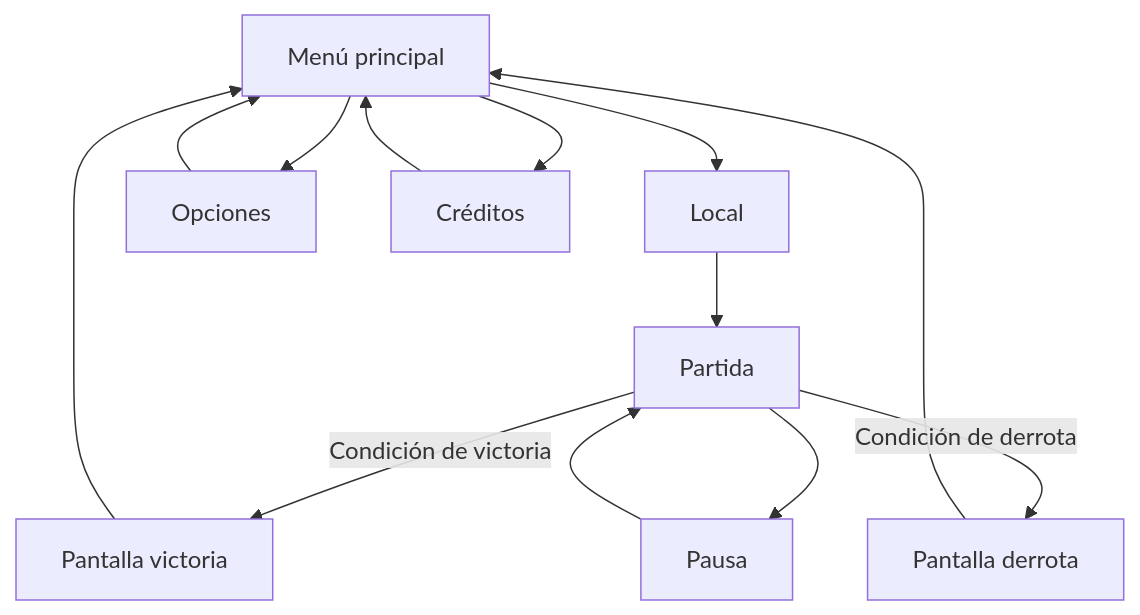
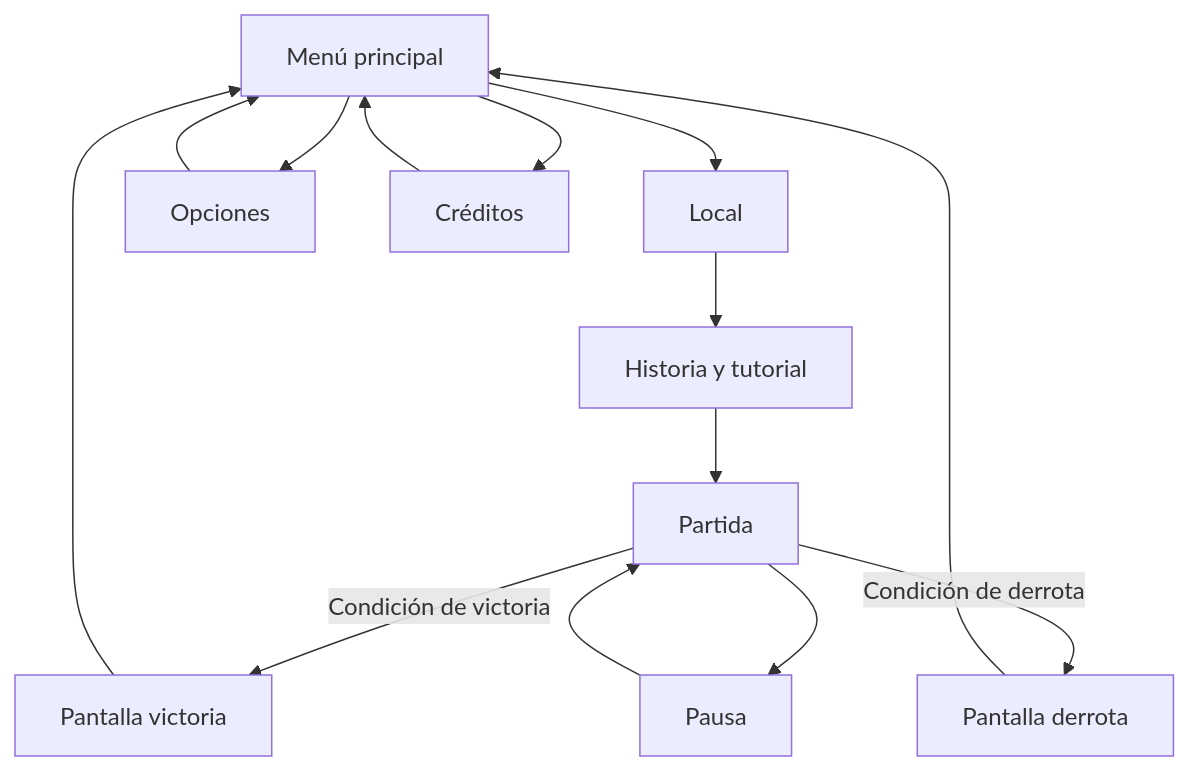
Before and after one commit to YC2025H/JUEGO_EN_RED: the diagram in GDD.md, drawn with Mermaid.

Commit message:
Update diagrama

````diff
--- a/GDD.md
+++ b/GDD.md
@@ -275,16 +275,17 @@
 ```mermaid
 flowchart TD
     A[Menú principal]
     A --> B[Local]
     A --> C[Opciones]
     A --> D[Créditos]
     D --> A
-    B --> E[Partida]
+    B --> I[Historia y tutorial]
+    I --> E[Partida]
     C --> A
     E --> |Condición de victoria| F[Pantalla victoria]
     E --> |Condición de derrota| G[Pantalla derrota]
     E --> H[Pausa]
     H --> E
     F --> A
     G --> A
 ```
````
